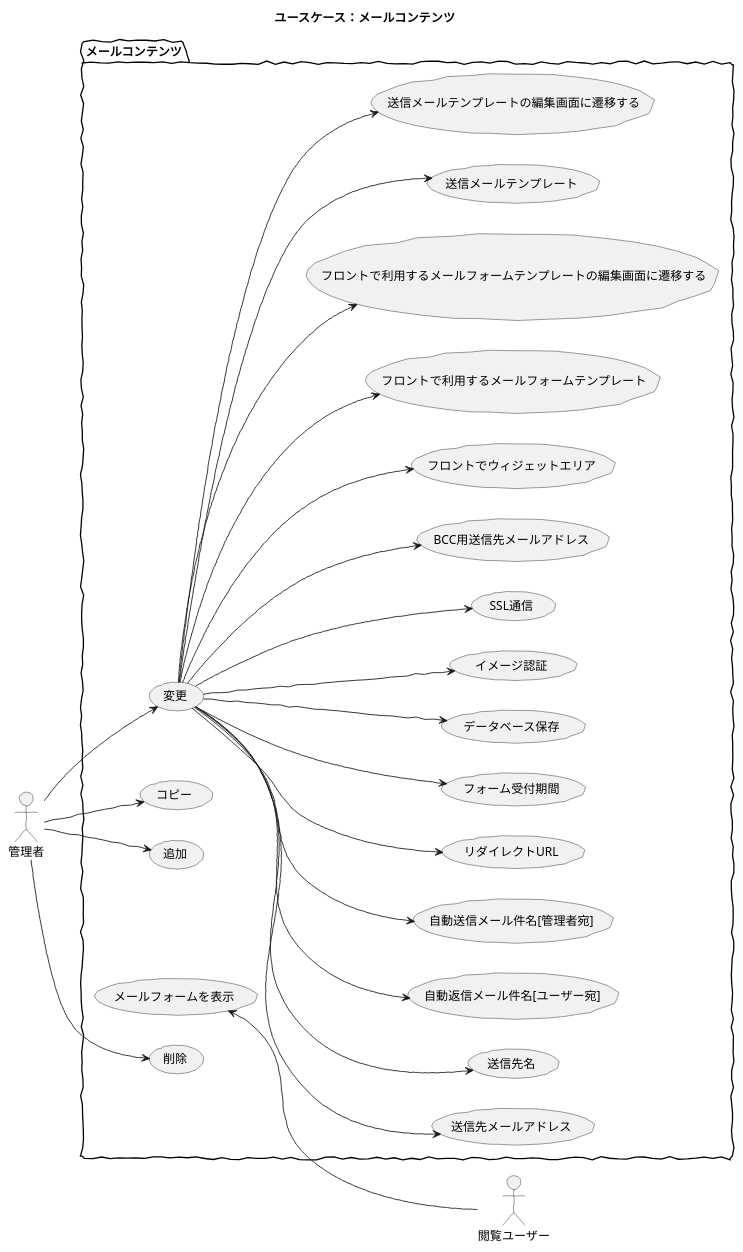
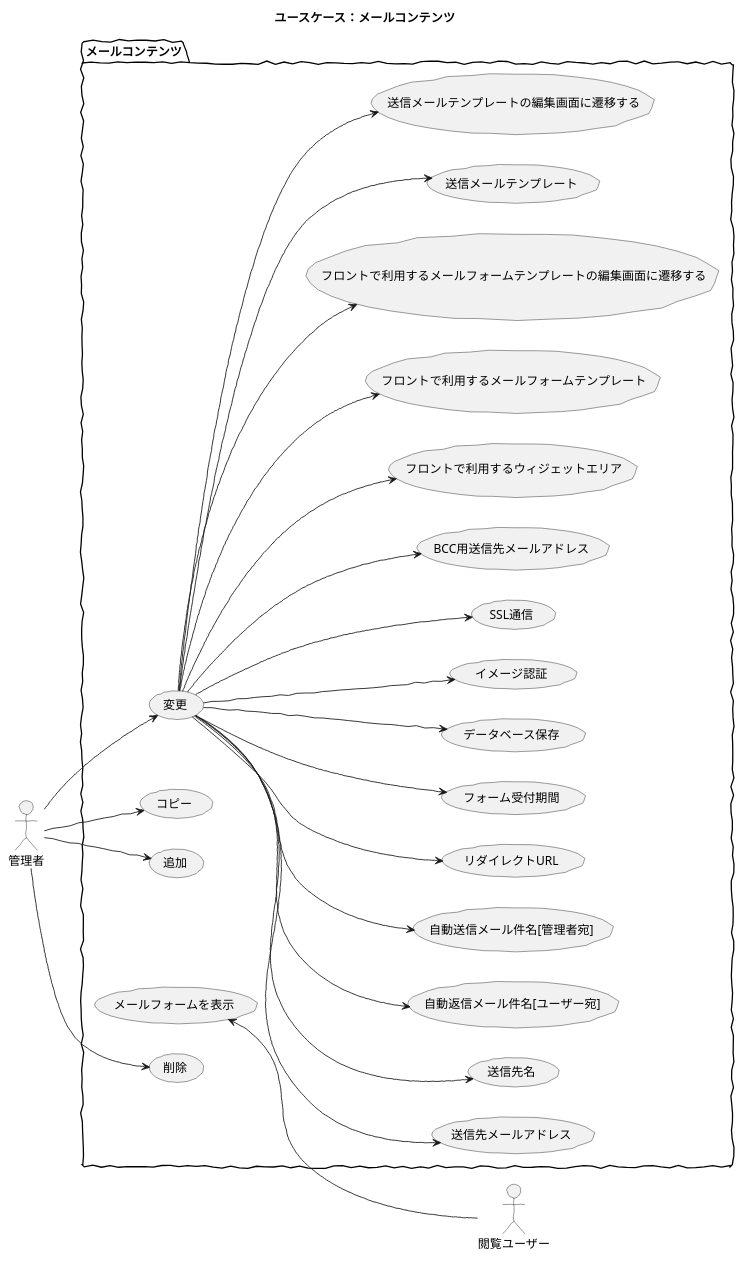
Before and after one commit to baserproject/baserproject.github.io: the diagram in src/puml/5/ucmitz/svg/use_case/bc-mail/mail_contents.puml, drawn with PlantUML. The commit also changed 4 other files, not shown here.

```diff
--- a/src/puml/5/ucmitz/svg/use_case/bc-mail/mail_contents.puml
+++ b/src/puml/5/ucmitz/svg/use_case/bc-mail/mail_contents.puml
@@ -1,35 +1,35 @@
 @startuml
 
 skinparam handwritten true
 skinparam backgroundColor white
 
 title ユースケース：メールコンテンツ
 
 actor 管理者
 actor 閲覧ユーザー
 
 package メールコンテンツ {
 	left to right direction
 	閲覧ユーザー -up-> (メールフォームを表示)
 	管理者 -down-> (追加)
 	管理者 -down-> (変更)
 	(変更) -down-> (送信先メールアドレス)
 	(変更) -down-> (送信先名)
 	(変更) -down-> (自動返信メール件名[ユーザー宛])
 	(変更) -down-> (自動送信メール件名[管理者宛])
 	(変更) -down-> (リダイレクトURL)
 	(変更) -down-> (フォーム受付期間)
 	(変更) -down-> (データベース保存)
 	(変更) -down-> (イメージ認証)
 	(変更) -down-> (SSL通信)
 	(変更) -down-> (BCC用送信先メールアドレス)
-	(変更) -down-> (フロントでウィジェットエリア)
+	(変更) -down-> (フロントで利用するウィジェットエリア)
 	(変更) -down-> (フロントで利用するメールフォームテンプレート)
 	(変更) -down-> (フロントで利用するメールフォームテンプレートの編集画面に遷移する)
 	(変更) -down-> (送信メールテンプレート)
 	(変更) -down-> (送信メールテンプレートの編集画面に遷移する)
 	管理者 -down-> (削除)
 	管理者 -down-> (コピー)
 }
 
 @enduml
```
